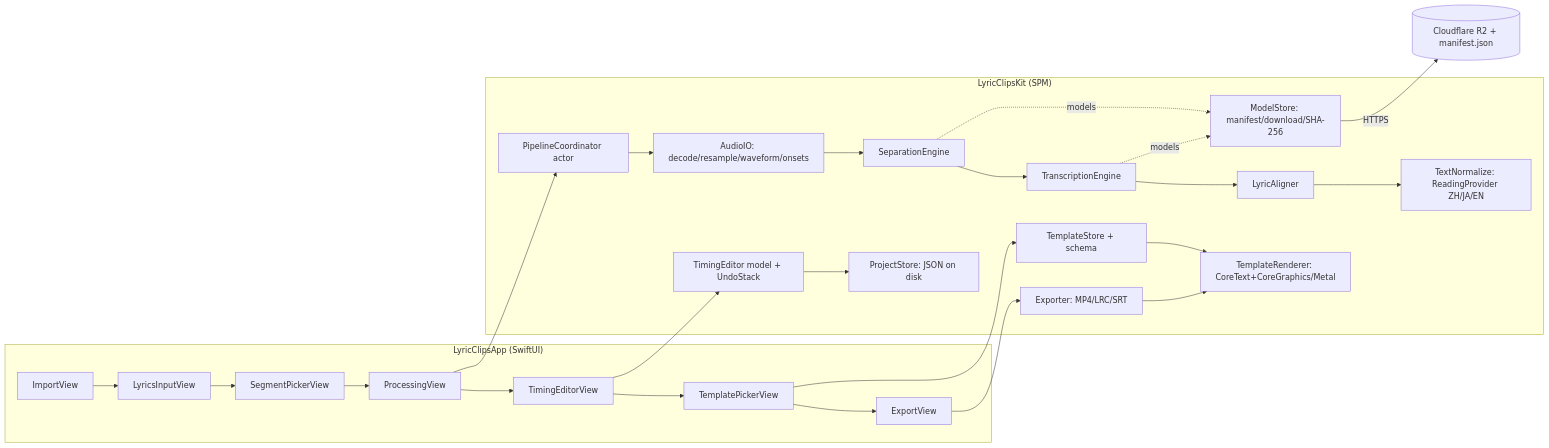
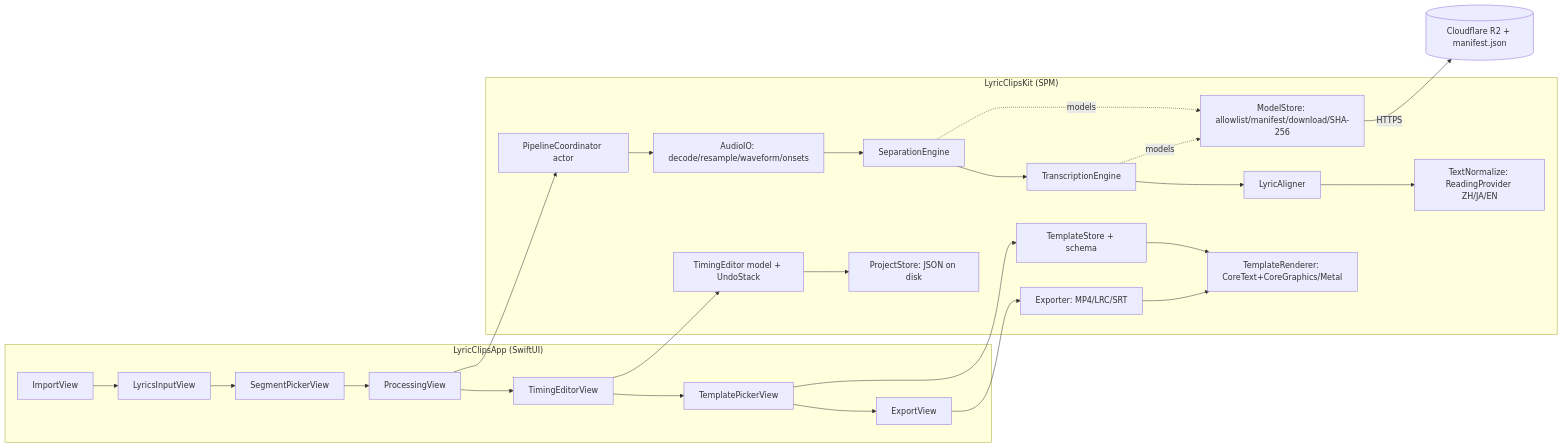
One commit to umikado/SCG_AutoFocus_ changed the first of 2 diagrams in DEV_SPEC.md. Above: the diagram before and after it, drawn with Mermaid. The commit also changed other lines of this file and 2 other files, not shown here.

````diff
--- a/DEV_SPEC.md
+++ b/DEV_SPEC.md
@@ -39,29 +39,29 @@
 ```mermaid
 flowchart LR
   subgraph App["LyricClipsApp (SwiftUI)"]
     UI_Import[ImportView] --> UI_Lyrics[LyricsInputView] --> UI_Segment[SegmentPickerView] --> UI_Process[ProcessingView] --> UI_Editor[TimingEditorView] --> UI_Template[TemplatePickerView] --> UI_Export[ExportView]
   end
   subgraph Kit["LyricClipsKit (SPM)"]
     Pipeline[PipelineCoordinator actor]
     AudioIO[AudioIO: decode/resample/waveform/onsets]
     Sep[SeparationEngine]
     ASR[TranscriptionEngine]
     Norm[TextNormalize: ReadingProvider ZH/JA/EN]
     Align[LyricAligner]
     Timing[TimingEditor model + UndoStack]
     Tmpl[TemplateStore + schema]
     Render[TemplateRenderer: CoreText+CoreGraphics/Metal]
     Export[Exporter: MP4/LRC/SRT]
-    Models[ModelStore: manifest/download/SHA-256]
+    Models[ModelStore: allowlist/manifest/download/SHA-256]
     Store[ProjectStore: JSON on disk]
   end
   UI_Process --> Pipeline
   Pipeline --> AudioIO --> Sep --> ASR --> Align
   Align --> Norm
   Sep -.models.-> Models
   ASR -.models.-> Models
   UI_Editor --> Timing --> Store
   UI_Template --> Tmpl --> Render
   UI_Export --> Export --> Render
   Models -->|HTTPS| R2[(Cloudflare R2 + manifest.json)]
 ```
````
